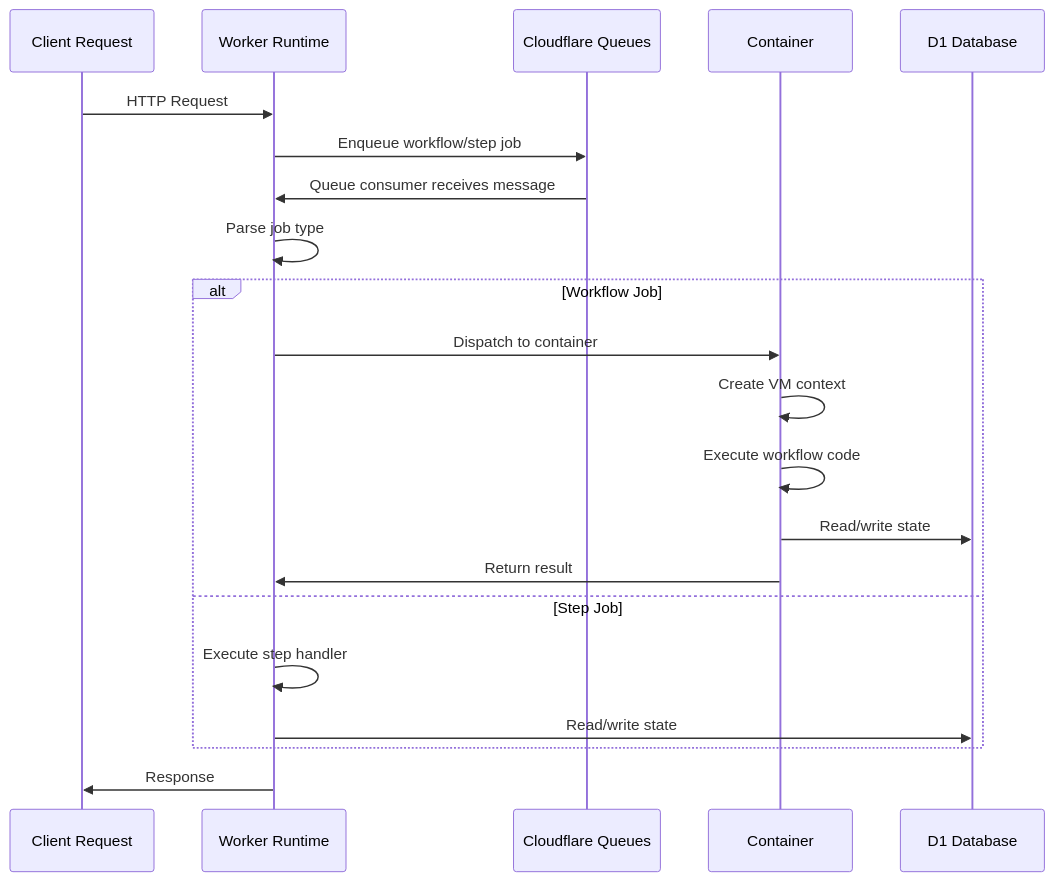
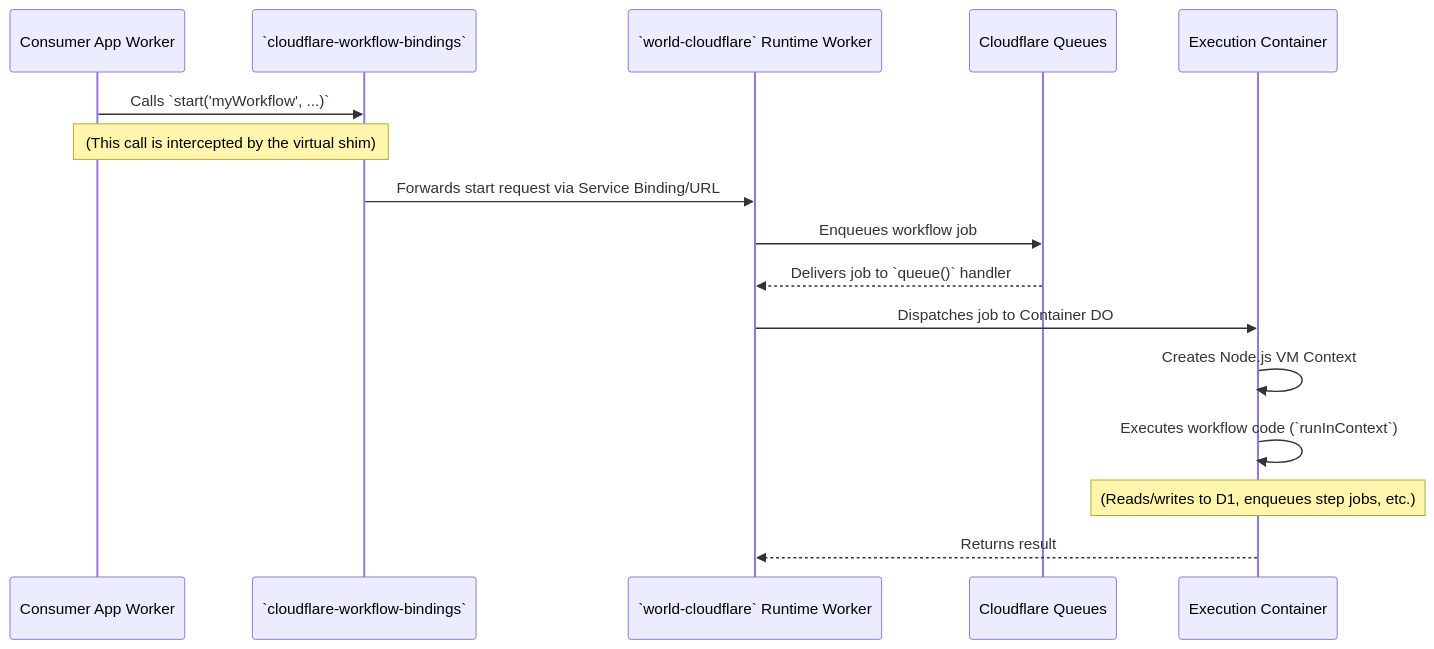
Before and after one commit to eersnington/workflow-cloudflare-world: the second of 4 diagrams in packages/world-cloudflare/HOW_IT_WORKS.md, drawn with Mermaid. The commit also changed other lines of this file, not shown here.

````diff
--- a/packages/world-cloudflare/HOW_IT_WORKS.md
+++ b/packages/world-cloudflare/HOW_IT_WORKS.md
@@ -68,26 +63,19 @@
 ```mermaid
 sequenceDiagram
-    participant Client as Client Request
-    participant Worker as Worker Runtime
+    participant App as Consumer App Worker
+    participant Bindings as `cloudflare-workflow-bindings`
+    participant Runtime as `world-cloudflare` Runtime Worker
     participant Queue as Cloudflare Queues
-    participant Container as Container
-    participant D1 as D1 Database
+    participant Container as Execution Container
 
-    Client->>Worker: HTTP Request
-    Worker->>Queue: Enqueue workflow/step job
-    Queue->>Worker: Queue consumer receives message
-    Worker->>Worker: Parse job type
-
-    alt Workflow Job
-        Worker->>Container: Dispatch to container
-        Container->>Container: Create VM context
-        Container->>Container: Execute workflow code
-        Container->>D1: Read/write state
-        Container->>Worker: Return result
-    else Step Job
-        Worker->>Worker: Execute step handler
-        Worker->>D1: Read/write state
-    end
-
-    Worker->>Client: Response
+    App->>Bindings: Calls `start('myWorkflow', ...)`
+    Note over App,Bindings: (This call is intercepted by the virtual shim)
+    Bindings->>Runtime: Forwards start request via Service Binding/URL
+    Runtime->>Queue: Enqueues workflow job
+    Queue-->>Runtime: Delivers job to `queue()` handler
+    Runtime->>Container: Dispatches job to Container DO
+    Container->>Container: Creates Node.js VM Context
+    Container->>Container: Executes workflow code (`runInContext`)
+    Note over Container: (Reads/writes to D1, enqueues step jobs, etc.)
+    Container-->>Runtime: Returns result
 ```
````
